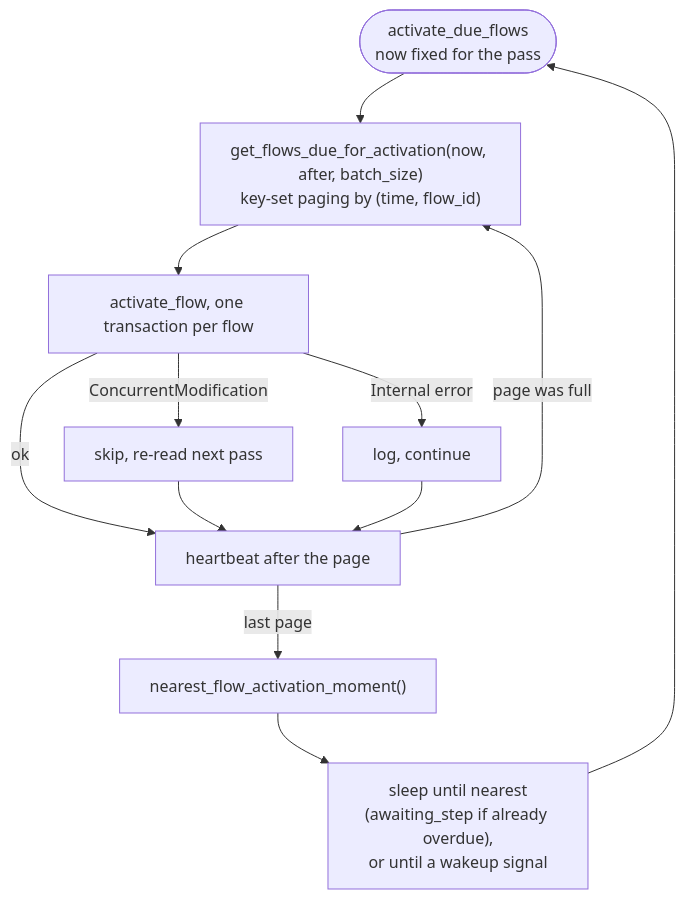
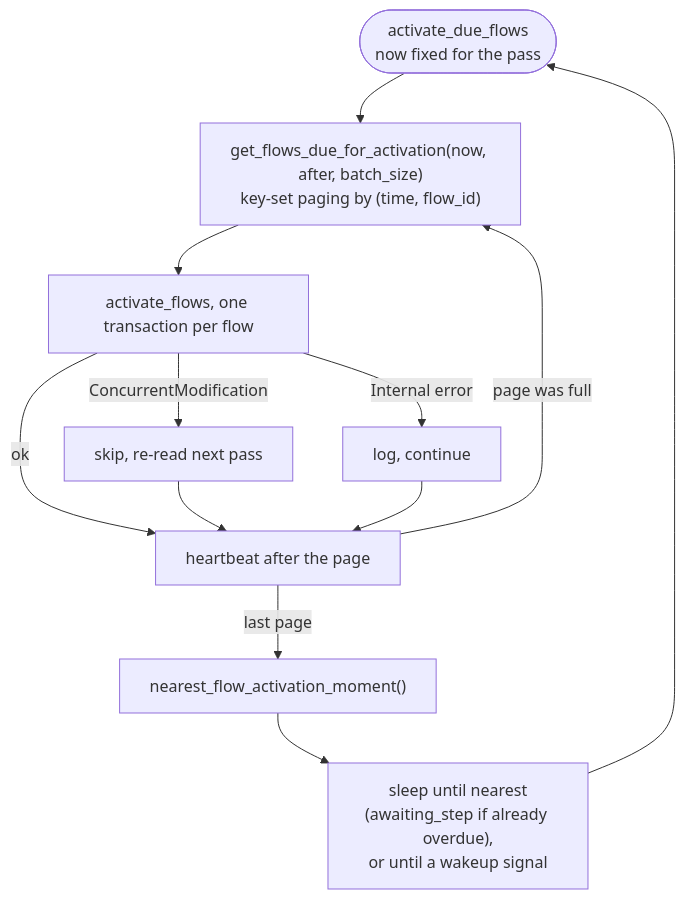
The fourth of 6 diagrams in docs/internal/flow-system.md (kamu-data/kamu-cli), drawn with Mermaid before and after one commit. The commit also changed other lines of this file and 804 other files, not shown here.

````diff
--- a/docs/internal/flow-system.md
+++ b/docs/internal/flow-system.md
@@ -402,14 +402,14 @@
 ```mermaid
 flowchart TD
     START(["activate_due_flows<br/>now fixed for the pass"]) --> PAGE["get_flows_due_for_activation(now, after, batch_size)<br/>key-set paging by (time, flow_id)"]
-    PAGE --> EACH["activate_flow, one transaction per flow"]
+    PAGE --> EACH["activate_flows, one transaction per flow"]
     EACH -- ConcurrentModification --> SKIP["skip, re-read next pass"]
     EACH -- Internal error --> LOG["log, continue"]
     EACH -- ok --> HB
     SKIP --> HB
     LOG --> HB["heartbeat after the page"]
     HB -- "page was full" --> PAGE
     HB -- "last page" --> NEAR["nearest_flow_activation_moment()"]
     NEAR --> WAIT["sleep until nearest<br/>(awaiting_step if already overdue),<br/>or until a wakeup signal"]
     WAIT --> START
 ```
````
